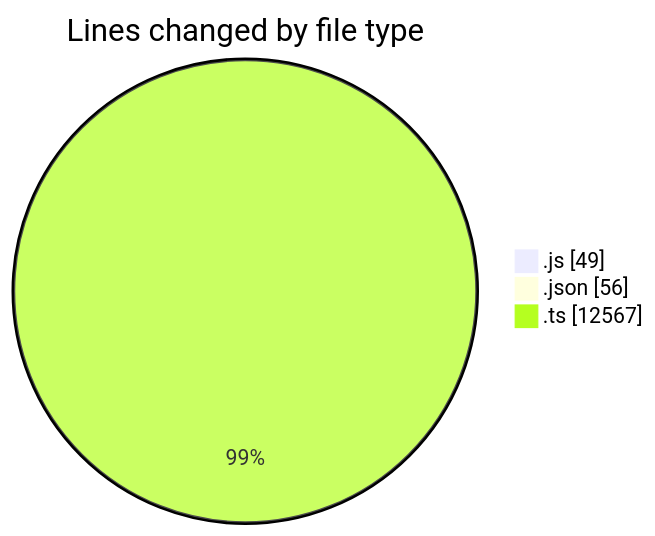
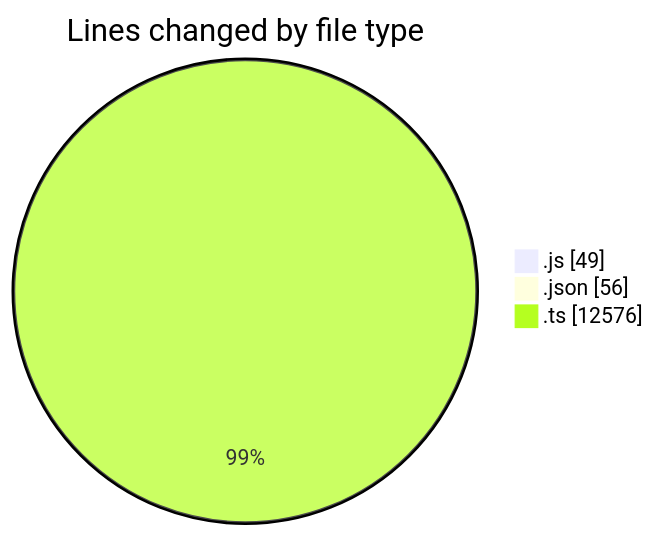
Before and after one commit to momahboobian/code-tracking: the first of 2 diagrams in 2025-09-04/cda/README.md, drawn with Mermaid. The commit also changed other lines of this file and 1 other file, not shown here.

````diff
--- a/2025-09-04/cda/README.md
+++ b/2025-09-04/cda/README.md
@@ -26,7 +26,7 @@
 ```mermaid
 pie showData
 title Lines changed by file type
 ".js" : 49
 ".json" : 56
-".ts" : 12567
+".ts" : 12576
 ```
````
